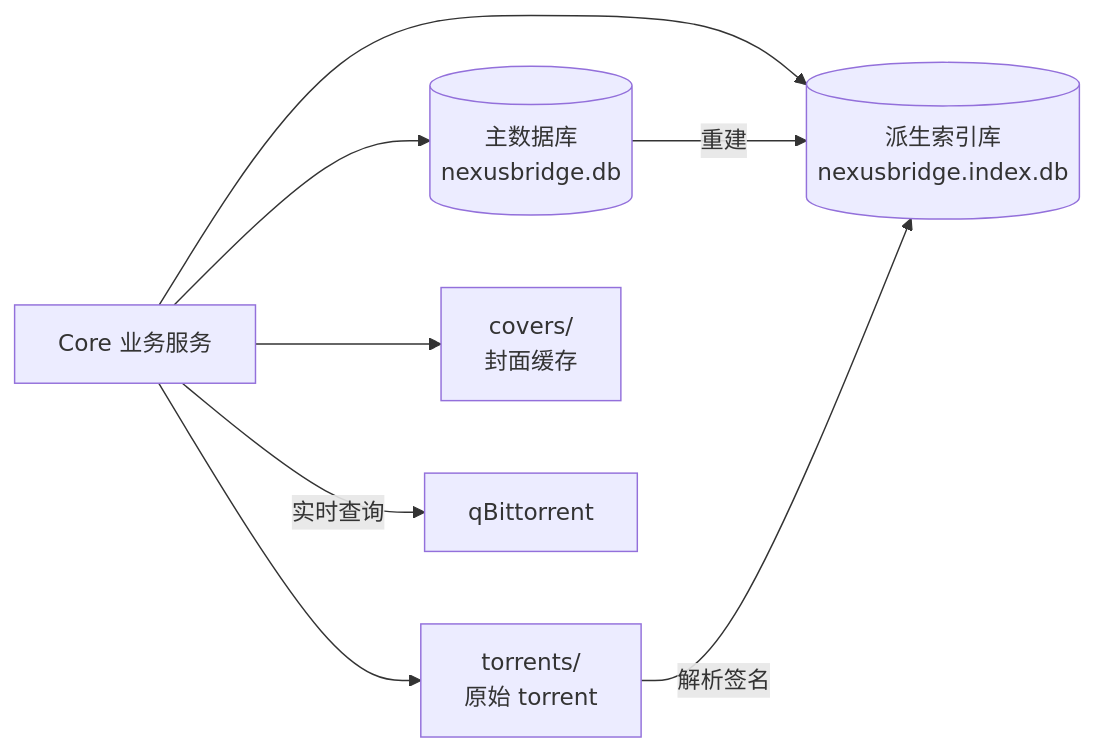
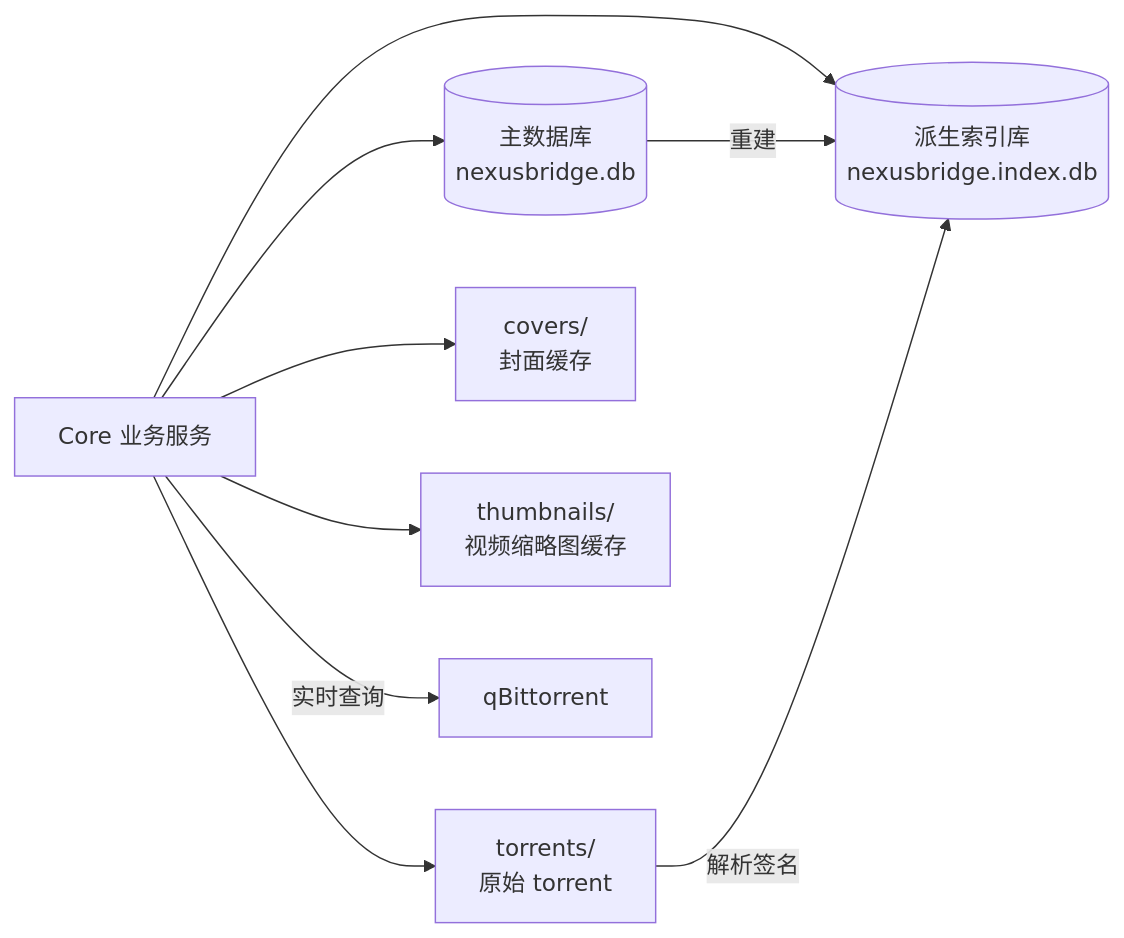
One commit to Huffer342-WSH/NexusBridge changed the first of 2 diagrams in docs/storage.md. Above: the diagram before and after it, drawn with Mermaid. The commit also changed other lines of this file and 32 other files, not shown here.

Commit message:
feat: 新增视频文件缩略图生成与显示

````diff
--- a/docs/storage.md
+++ b/docs/storage.md
@@ -9,17 +9,19 @@
 ```mermaid
 flowchart LR
     Core[Core 业务服务]
     Metadata[(主数据库<br/>nexusbridge.db)]
     Index[(派生索引库<br/>nexusbridge.index.db)]
     Torrents[torrents/<br/>原始 torrent]
     Covers[covers/<br/>封面缓存]
+    Thumbnails[thumbnails/<br/>视频缩略图缓存]
     QB[qBittorrent]
 
     Core --> Metadata
     Core --> Index
     Core --> Torrents
     Core --> Covers
+    Core --> Thumbnails
     Core -->|实时查询| QB
     Metadata -->|重建| Index
     Torrents -->|解析签名| Index
 ```
````
